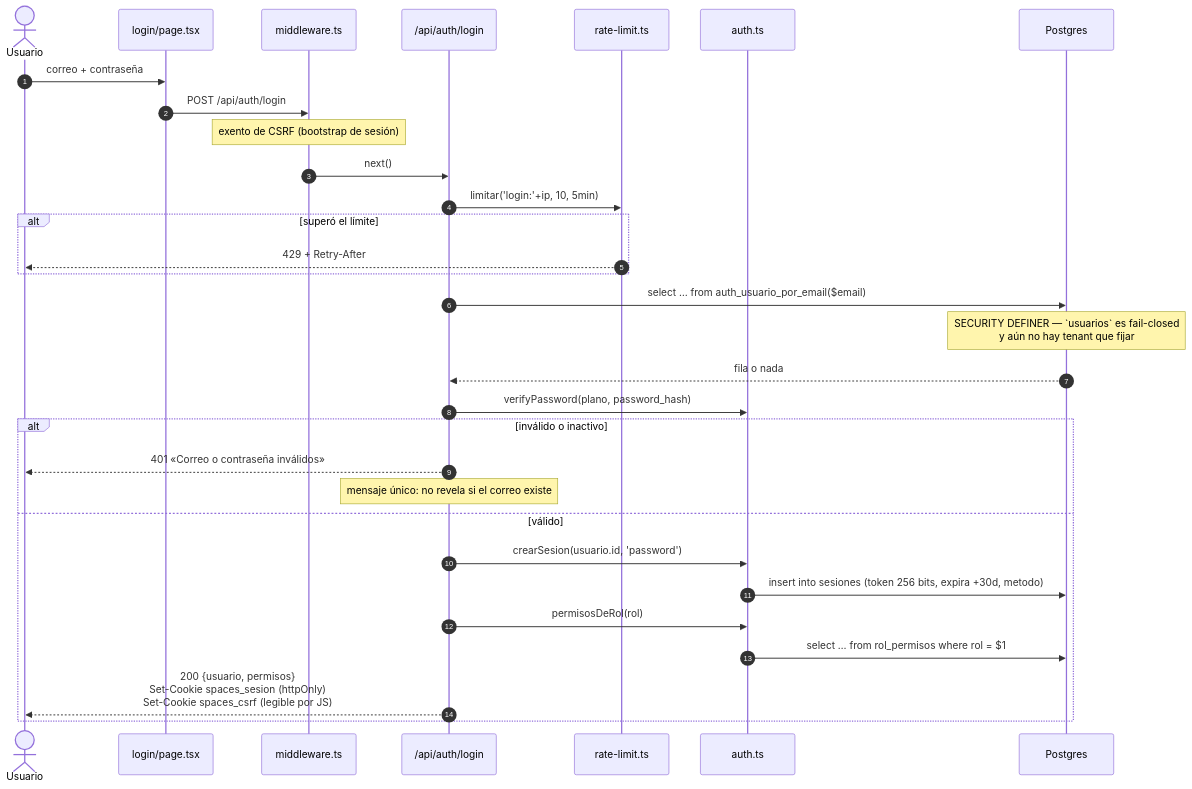
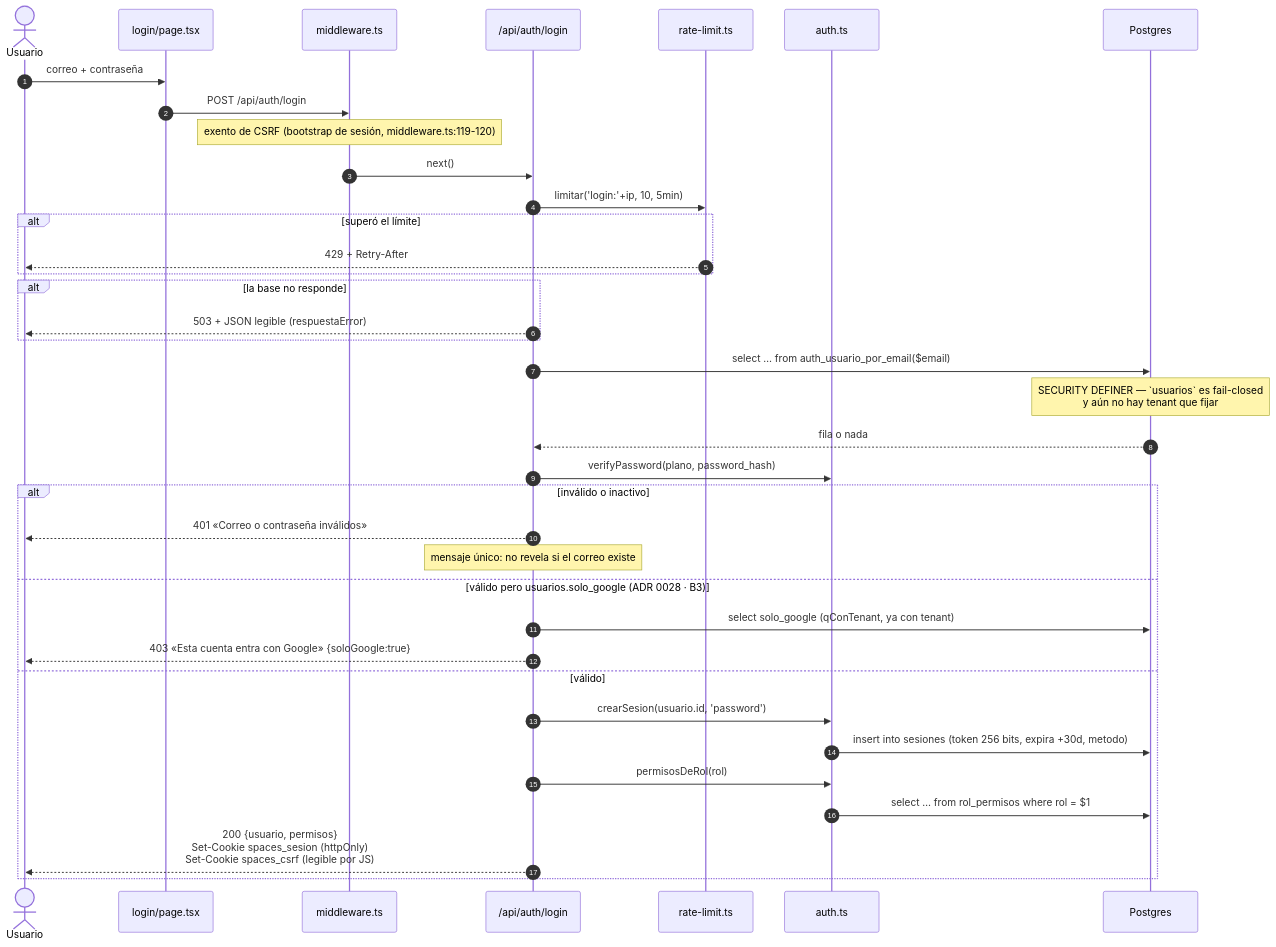
Before and after one commit to emiliano-cyber/spaces_dooh_new: the first of 2 diagrams in vault/05-Flujos/flujo-login.md, drawn with Mermaid. The commit also changed other lines of this file and 64 other files, not shown here.

````diff
--- a/vault/05-Flujos/flujo-login.md
+++ b/vault/05-Flujos/flujo-login.md
@@ -18,34 +20,40 @@
 ```mermaid
 sequenceDiagram
     autonumber
     actor U as Usuario
     participant P as login/page.tsx
     participant MW as middleware.ts
     participant RT as /api/auth/login
     participant RL as rate-limit.ts
     participant AU as auth.ts
     participant PG as Postgres
 
     U->>P: correo + contraseña
     P->>MW: POST /api/auth/login
-    Note over MW: exento de CSRF (bootstrap de sesión)
+    Note over MW: exento de CSRF (bootstrap de sesión, middleware.ts:119-120)
     MW->>RT: next()
     RT->>RL: limitar('login:'+ip, 10, 5min)
     alt superó el límite
         RL-->>U: 429 + Retry-After
+    end
+    alt la base no responde
+        RT-->>U: 503 + JSON legible (respuestaError)
     end
     RT->>PG: select … from auth_usuario_por_email($email)
     Note over PG: SECURITY DEFINER — `usuarios` es fail-closed<br/>y aún no hay tenant que fijar
     PG-->>RT: fila o nada
     RT->>AU: verifyPassword(plano, password_hash)
     alt inválido o inactivo
         RT-->>U: 401 «Correo o contraseña inválidos»
         Note over RT: mensaje único: no revela si el correo existe
+    else válido pero usuarios.solo_google (ADR 0028 · B3)
+        RT->>PG: select solo_google (qConTenant, ya con tenant)
+        RT-->>U: 403 «Esta cuenta entra con Google» {soloGoogle:true}
     else válido
         RT->>AU: crearSesion(usuario.id, 'password')
         AU->>PG: insert into sesiones (token 256 bits, expira +30d, metodo)
         RT->>AU: permisosDeRol(rol)
         AU->>PG: select … from rol_permisos where rol = $1
         RT-->>U: 200 {usuario, permisos}<br/>Set-Cookie spaces_sesion (httpOnly)<br/>Set-Cookie spaces_csrf (legible por JS)
     end
 ```
````
